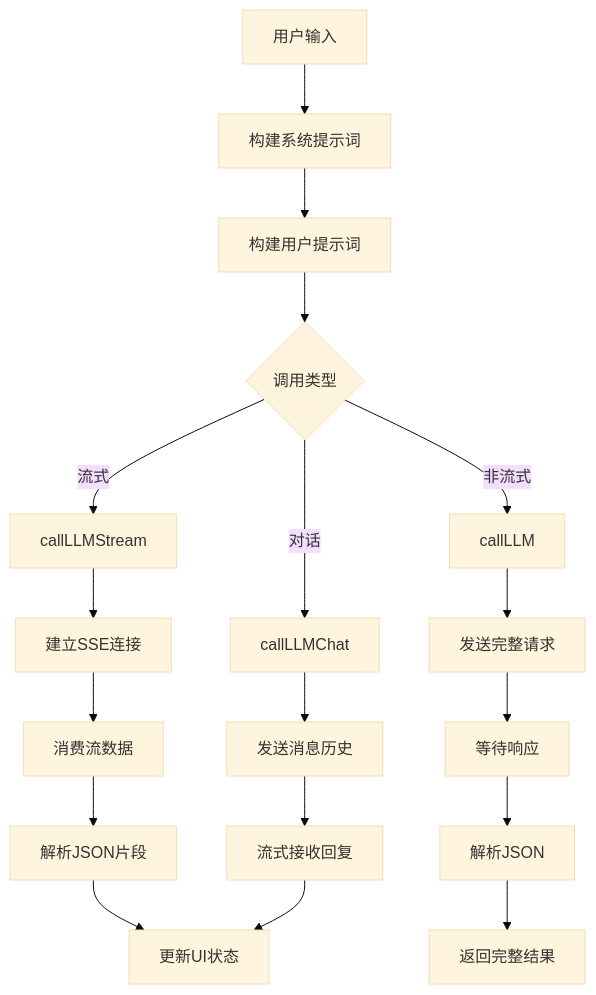
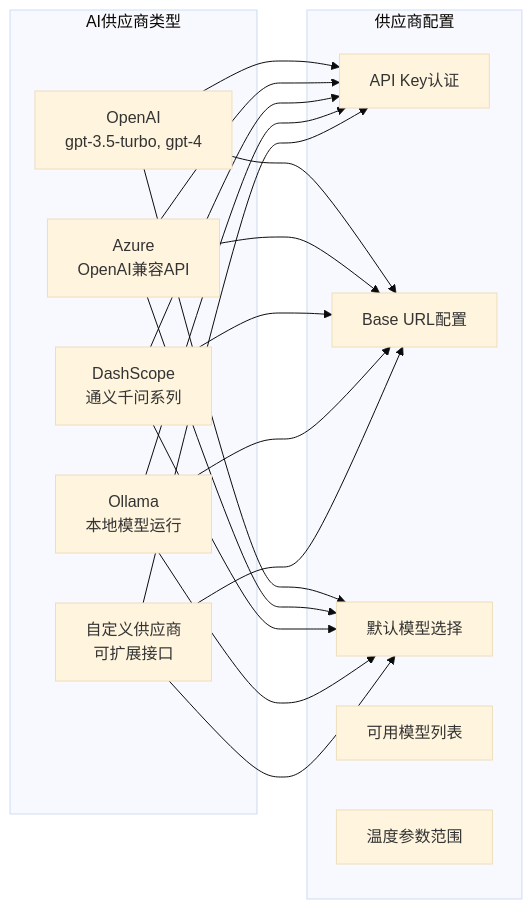
Before and after one commit to yaomindong1996/forge-admin: the second of 8 diagrams in .qoder/repowiki/zh/content/AI聊天对话功能.md, drawn with Mermaid (base theme). The commit also changed other lines of this file and 56 other files, not shown here.

````diff
--- a/.qoder/repowiki/zh/content/AI聊天对话功能.md
+++ b/.qoder/repowiki/zh/content/AI聊天对话功能.md
@@ -214,20 +155,32 @@
 ```mermaid
-flowchart TD
-A[用户输入] --> B[构建系统提示词]
-B --> C[构建用户提示词]
-C --> D{调用类型}
-D --> |流式| E[callLLMStream]
-D --> |非流式| F[callLLM]
-D --> |对话| G[callLLMChat]
-E --> H[建立SSE连接]
-H --> I[消费流数据]
-I --> J[解析JSON片段]
-J --> K[更新UI状态]
-F --> L[发送完整请求]
-L --> M[等待响应]
-M --> N[解析JSON]
-N --> O[返回完整结果]
-G --> P[发送消息历史]
-P --> Q[流式接收回复]
-Q --> K
+graph LR
+subgraph "AI供应商类型"
+A[OpenAI<br/>gpt-3.5-turbo, gpt-4]
+B[Azure<br/>OpenAI兼容API]
+C[DashScope<br/>通义千问系列]
+D[Ollama<br/>本地模型运行]
+E[自定义供应商<br/>可扩展接口]
+end
+subgraph "供应商配置"
+F[API Key认证]
+G[Base URL配置]
+H[默认模型选择]
+I[可用模型列表]
+J[温度参数范围]
+end
+A --> F
+B --> F
+C --> F
+D --> F
+E --> F
+A --> G
+B --> G
+C --> G
+D --> G
+E --> G
+A --> H
+B --> H
+C --> H
+D --> H
+E --> H
 ```
````
